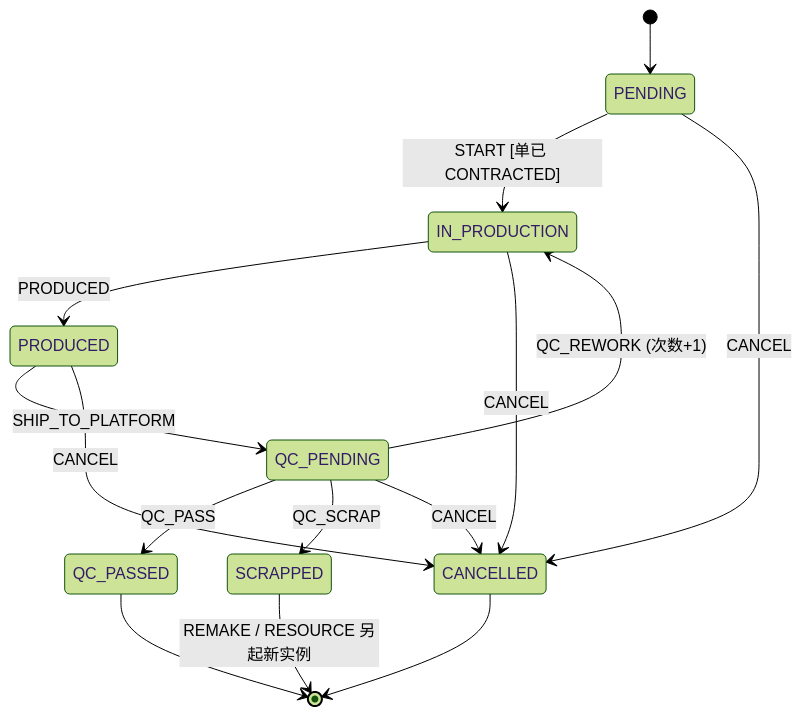
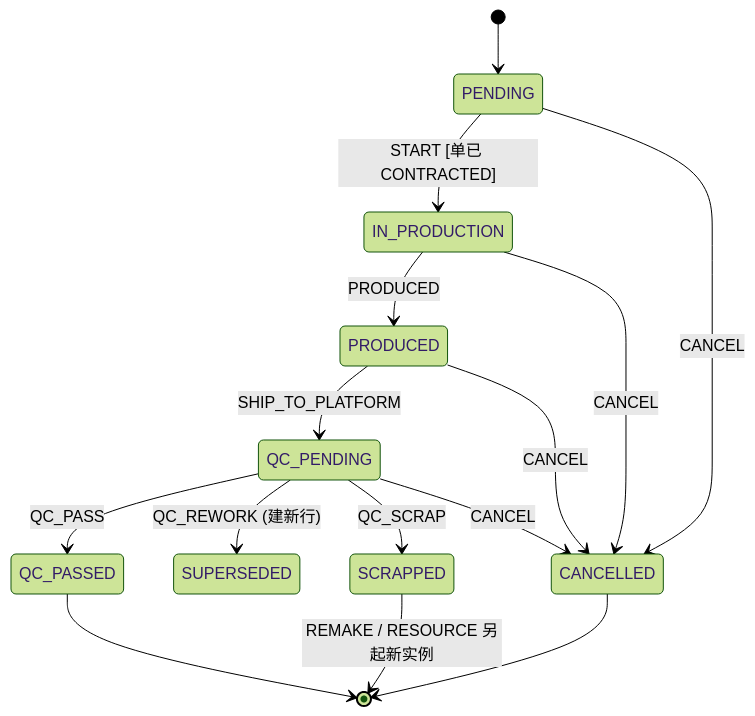
One commit to yubeining/yuhao_website changed the fourth of 4 diagrams in docs/design/12-订单与零件状态机.md. Above: the diagram before and after it, drawn with Mermaid (forest theme). The commit also changed other lines of this file and 3 other files, not shown here.

````diff
--- a/docs/design/12-订单与零件状态机.md
+++ b/docs/design/12-订单与零件状态机.md
@@ -268,17 +289,17 @@
 ```mermaid
 stateDiagram-v2
     [*] --> PENDING
     PENDING --> IN_PRODUCTION: START [单已 CONTRACTED]
     IN_PRODUCTION --> PRODUCED: PRODUCED
     PRODUCED --> QC_PENDING: SHIP_TO_PLATFORM
     QC_PENDING --> QC_PASSED: QC_PASS
-    QC_PENDING --> IN_PRODUCTION: QC_REWORK (次数+1)
+    QC_PENDING --> SUPERSEDED: QC_REWORK (建新行)
     QC_PENDING --> SCRAPPED: QC_SCRAP
     PENDING --> CANCELLED: CANCEL
     IN_PRODUCTION --> CANCELLED: CANCEL
     PRODUCED --> CANCELLED: CANCEL
     QC_PENDING --> CANCELLED: CANCEL
     QC_PASSED --> [*]
     SCRAPPED --> [*]: REMAKE / RESOURCE 另起新实例
     CANCELLED --> [*]
 ```
````
